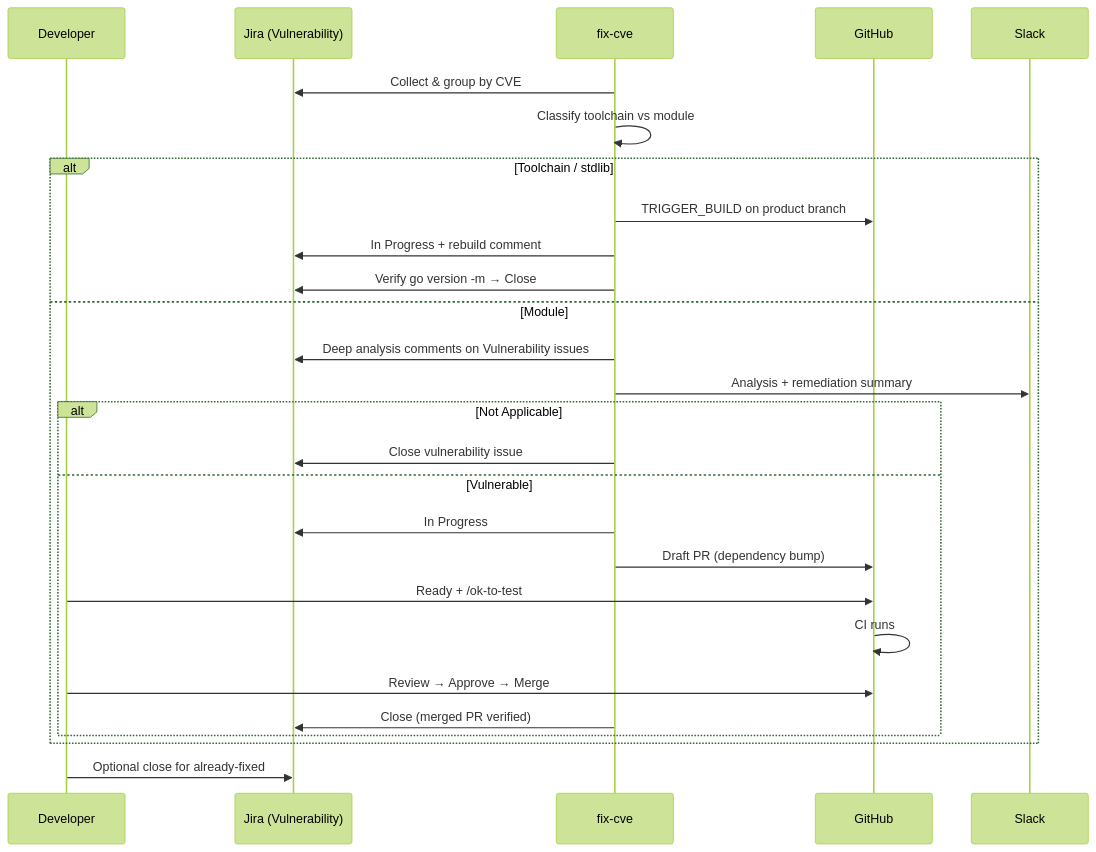
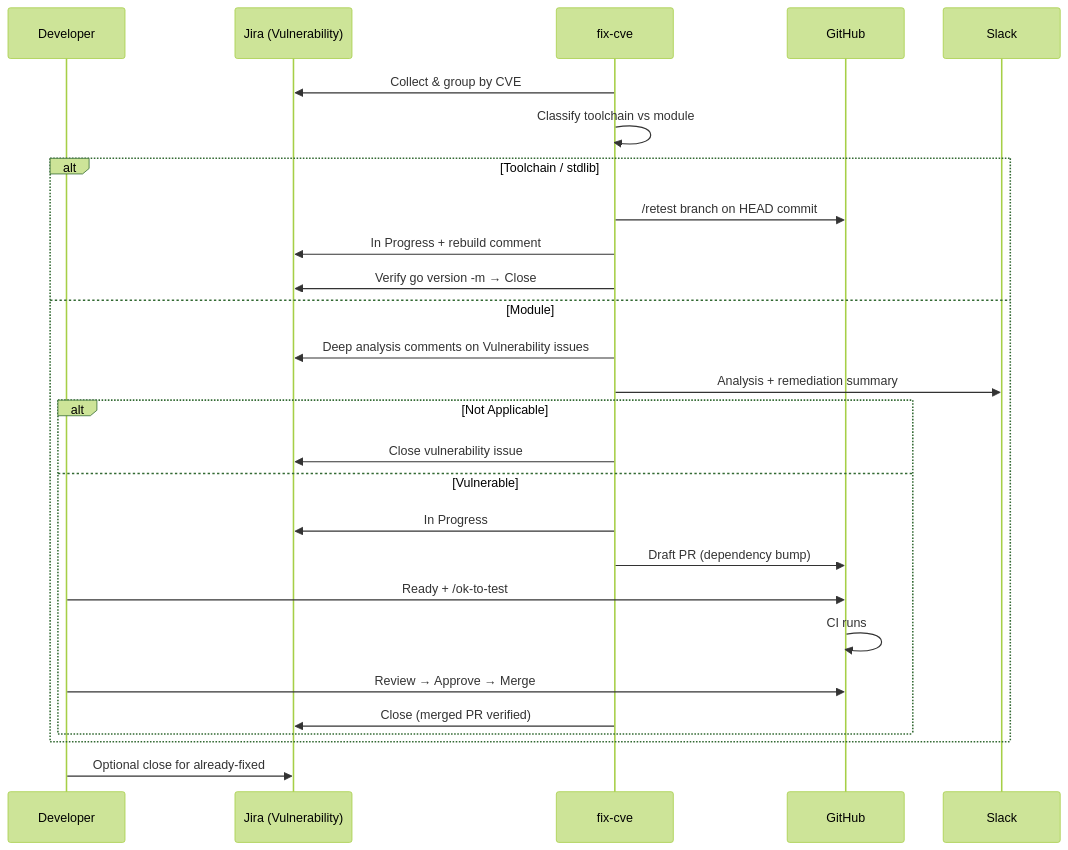
Before and after one commit to rokej/server-foundation-agent: the second of 2 diagrams in docs/automated-cve-fix-developer-guide.md, drawn with Mermaid (forest theme). The commit also changed other lines of this file and 9 other files, not shown here.

````diff
--- a/docs/automated-cve-fix-developer-guide.md
+++ b/docs/automated-cve-fix-developer-guide.md
@@ -121,30 +121,30 @@
 ```mermaid
 sequenceDiagram
   participant Dev as Developer
   participant Jira as Jira (Vulnerability)
   participant CVE as fix-cve
   participant GH as GitHub
   participant Slack as Slack
 
   CVE->>Jira: Collect & group by CVE
   CVE->>CVE: Classify toolchain vs module
   alt Toolchain / stdlib
-    CVE->>GH: TRIGGER_BUILD on product branch
+    CVE->>GH: /retest branch on HEAD commit
     CVE->>Jira: In Progress + rebuild comment
     CVE->>Jira: Verify go version -m → Close
   else Module
     CVE->>Jira: Deep analysis comments on Vulnerability issues
     CVE->>Slack: Analysis + remediation summary
     alt Not Applicable
       CVE->>Jira: Close vulnerability issue
     else Vulnerable
       CVE->>Jira: In Progress
       CVE->>GH: Draft PR (dependency bump)
       Dev->>GH: Ready + /ok-to-test
       GH->>GH: CI runs
       Dev->>GH: Review → Approve → Merge
       CVE->>Jira: Close (merged PR verified)
     end
   end
   Dev->>Jira: Optional close for already-fixed
 ```
````
